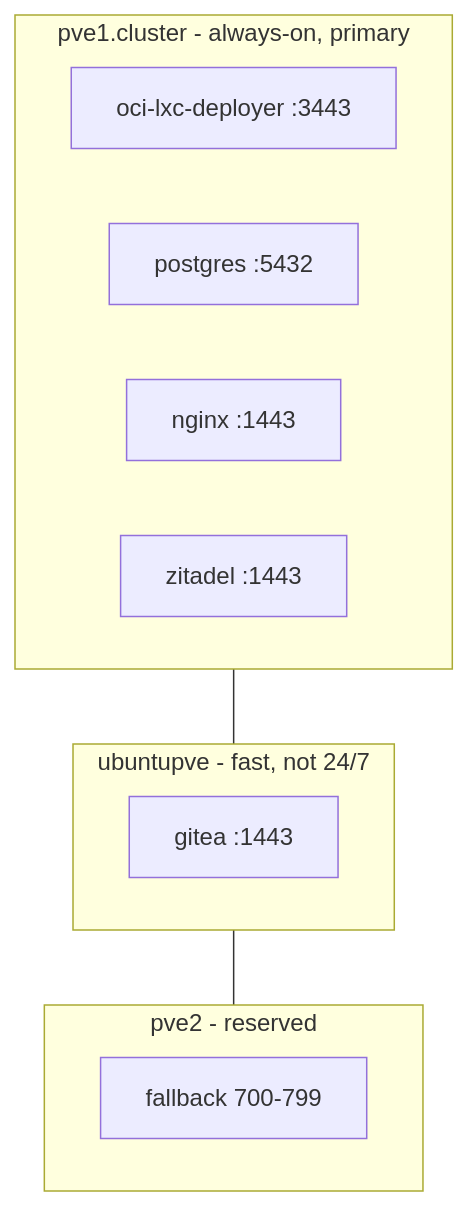
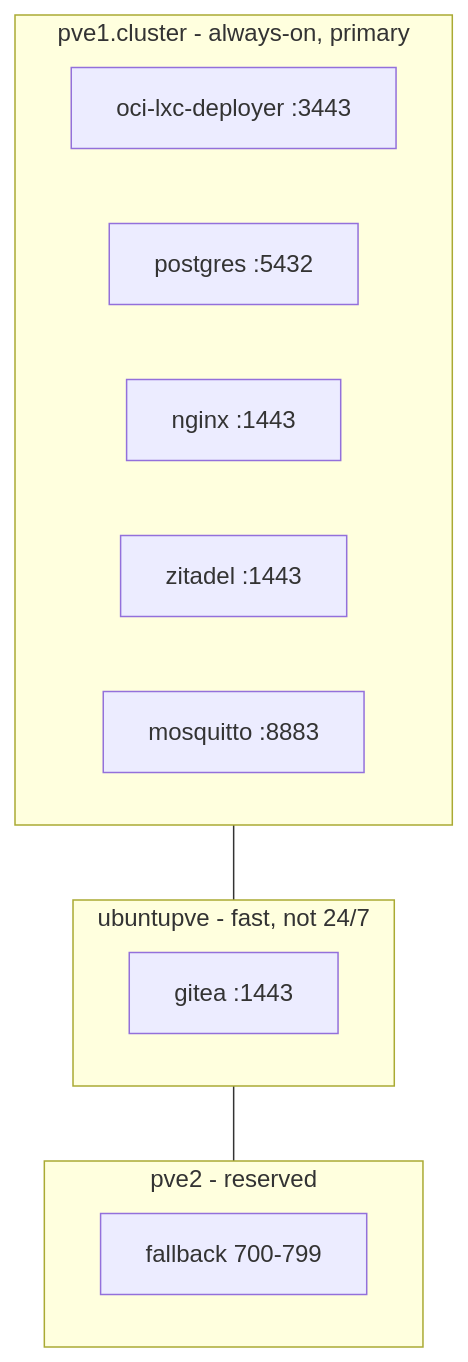
The first of 4 diagrams in production/INFRASTRUCTURE.md (proxvex/proxvex), drawn with Mermaid before and after one commit. The commit also changed other lines of this file and 38 other files, not shown here.

````diff
--- a/production/INFRASTRUCTURE.md
+++ b/production/INFRASTRUCTURE.md
@@ -8,20 +8,21 @@
 ```mermaid
 graph TB
     subgraph pve1["pve1.cluster - always-on, primary"]
         deployer[oci-lxc-deployer :3443]
         postgres[postgres :5432]
         nginx[nginx :1443]
         zitadel[zitadel :1443]
+        mosquitto[mosquitto :8883]
     end
 
     subgraph ubuntupve["ubuntupve - fast, not 24/7"]
         gitea[gitea :1443]
     end
 
     subgraph pve2["pve2 - reserved"]
         future[fallback 700-799]
     end
 
     pve1 --- ubuntupve
     ubuntupve --- pve2
 ```
````
